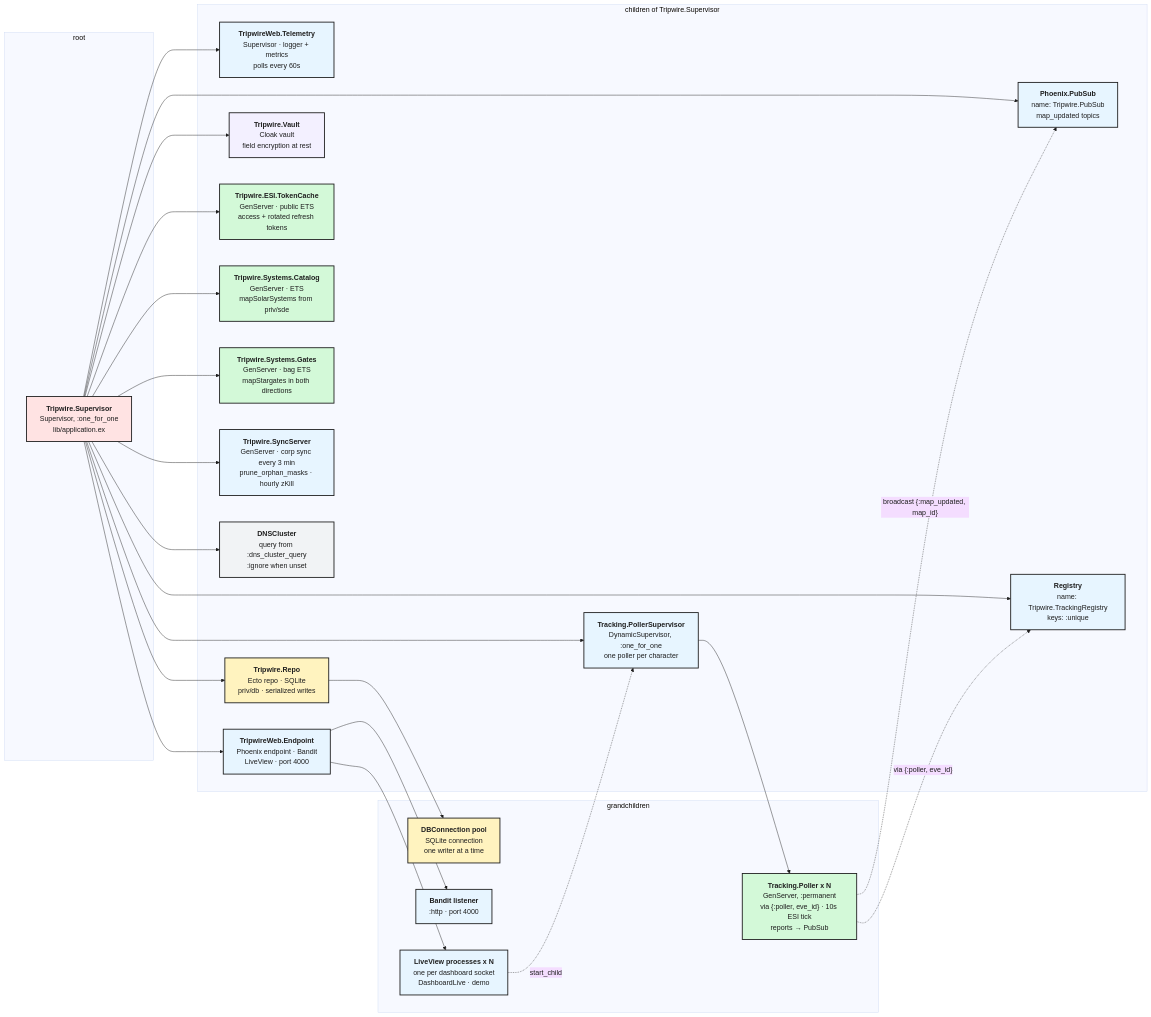
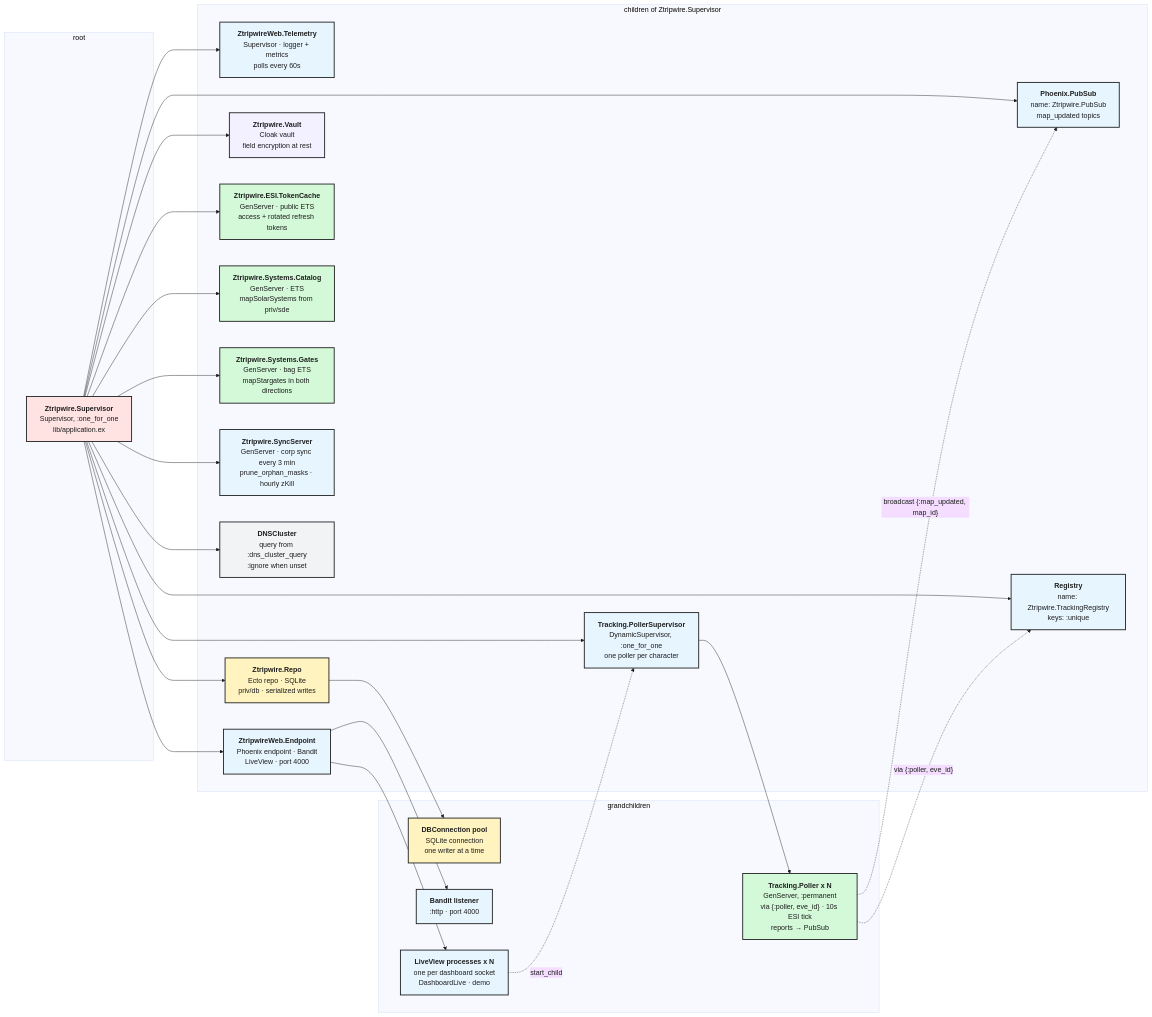
Before and after one commit to sudo-adduser-jordan/tripwire: the first of 2 diagrams in docs/architecture.md, drawn with Mermaid. The commit also changed other lines of this file and 258 other files, not shown here.

Commit message:
update: rename tripwire references to ztripwire

````diff
--- a/docs/architecture.md
+++ b/docs/architecture.md
@@ -15,52 +15,52 @@
 ```mermaid
 %%{init: {"theme": "base", "flowchart": {"curve": "basis", "nodeSpacing": 60, "rankSpacing": 100, "wrappingWidth": 200}, "themeVariables": {"fontFamily": "sans-serif", "lineColor": "#1e1e1e", "primaryTextColor": "#1e1e1e"}}}%%
 flowchart LR
   subgraph root_column["root"]
-    tripwire_supervisor["<b>Tripwire.Supervisor</b><br/>Supervisor, :one_for_one<br/>lib/application.ex"]:::rose
+    ztripwire_supervisor["<b>Ztripwire.Supervisor</b><br/>Supervisor, :one_for_one<br/>lib/application.ex"]:::rose
   end
-  subgraph child_column["children of Tripwire.Supervisor"]
-    tripwireweb_telemetry["<b>TripwireWeb.Telemetry</b><br/>Supervisor · logger + metrics<br/>polls every 60s"]:::blue
-    tripwire_repo["<b>Tripwire.Repo</b><br/>Ecto repo · SQLite<br/>priv/db · serialized writes"]:::yellow
-    tripwire_vault["<b>Tripwire.Vault</b><br/>Cloak vault<br/>field encryption at rest"]:::violet
-    tripwire_esi_tokencache["<b>Tripwire.ESI.TokenCache</b><br/>GenServer · public ETS<br/>access + rotated refresh tokens"]:::green
-    tripwire_systems_catalog["<b>Tripwire.Systems.Catalog</b><br/>GenServer · ETS<br/>mapSolarSystems from priv/sde"]:::green
-    tripwire_systems_gates["<b>Tripwire.Systems.Gates</b><br/>GenServer · bag ETS<br/>mapStargates in both directions"]:::green
-    phoenix_pubsub["<b>Phoenix.PubSub</b><br/>name: Tripwire.PubSub<br/>map_updated topics"]:::blue
+  subgraph child_column["children of Ztripwire.Supervisor"]
+    ztripwireweb_telemetry["<b>ZtripwireWeb.Telemetry</b><br/>Supervisor · logger + metrics<br/>polls every 60s"]:::blue
+    ztripwire_repo["<b>Ztripwire.Repo</b><br/>Ecto repo · SQLite<br/>priv/db · serialized writes"]:::yellow
+    ztripwire_vault["<b>Ztripwire.Vault</b><br/>Cloak vault<br/>field encryption at rest"]:::violet
+    ztripwire_esi_tokencache["<b>Ztripwire.ESI.TokenCache</b><br/>GenServer · public ETS<br/>access + rotated refresh tokens"]:::green
+    ztripwire_systems_catalog["<b>Ztripwire.Systems.Catalog</b><br/>GenServer · ETS<br/>mapSolarSystems from priv/sde"]:::green
+    ztripwire_systems_gates["<b>Ztripwire.Systems.Gates</b><br/>GenServer · bag ETS<br/>mapStargates in both directions"]:::green
+    phoenix_pubsub["<b>Phoenix.PubSub</b><br/>name: Ztripwire.PubSub<br/>map_updated topics"]:::blue
     tracking_pollersupervisor["<b>Tracking.PollerSupervisor</b><br/>DynamicSupervisor, :one_for_one<br/>one poller per character"]:::blue
-    registry["<b>Registry</b><br/>name: Tripwire.TrackingRegistry<br/>keys: :unique"]:::blue
-    tripwire_syncserver["<b>Tripwire.SyncServer</b><br/>GenServer · corp sync every 3 min<br/>prune_orphan_masks · hourly zKill"]:::blue
+    registry["<b>Registry</b><br/>name: Ztripwire.TrackingRegistry<br/>keys: :unique"]:::blue
+    ztripwire_syncserver["<b>Ztripwire.SyncServer</b><br/>GenServer · corp sync every 3 min<br/>prune_orphan_masks · hourly zKill"]:::blue
     dnscluster["<b>DNSCluster</b><br/>query from :dns_cluster_query<br/>:ignore when unset"]:::gray
-    tripwireweb_endpoint["<b>TripwireWeb.Endpoint</b><br/>Phoenix endpoint · Bandit<br/>LiveView · port 4000"]:::blue
+    ztripwireweb_endpoint["<b>ZtripwireWeb.Endpoint</b><br/>Phoenix endpoint · Bandit<br/>LiveView · port 4000"]:::blue
   end
   subgraph grandchild_column["grandchildren"]
     dbconnection_pool["<b>DBConnection pool</b><br/>SQLite connection<br/>one writer at a time"]:::yellow
     tracking_poller_x_n["<b>Tracking.Poller x N</b><br/>GenServer, :permanent<br/>via {:poller, eve_id} · 10s ESI tick<br/>reports → PubSub"]:::green
     bandit_listener["<b>Bandit listener</b><br/>:http · port 4000"]:::blue
     liveview_processes_x_n["<b>LiveView processes x N</b><br/>one per dashboard socket<br/>DashboardLive · demo"]:::blue
   end
-  tripwire_supervisor --> tripwireweb_telemetry
-  tripwire_supervisor --> tripwire_repo
-  tripwire_supervisor --> tripwire_vault
-  tripwire_supervisor --> tripwire_esi_tokencache
-  tripwire_supervisor --> tripwire_systems_catalog
-  tripwire_supervisor --> tripwire_systems_gates
-  tripwire_supervisor --> phoenix_pubsub
-  tripwire_supervisor --> tracking_pollersupervisor
-  tripwire_supervisor --> registry
-  tripwire_supervisor --> tripwire_syncserver
-  tripwire_supervisor --> dnscluster
-  tripwire_supervisor --> tripwireweb_endpoint
-  tripwire_repo --> dbconnection_pool
+  ztripwire_supervisor --> ztripwireweb_telemetry
+  ztripwire_supervisor --> ztripwire_repo
+  ztripwire_supervisor --> ztripwire_vault
+  ztripwire_supervisor --> ztripwire_esi_tokencache
+  ztripwire_supervisor --> ztripwire_systems_catalog
+  ztripwire_supervisor --> ztripwire_systems_gates
+  ztripwire_supervisor --> phoenix_pubsub
+  ztripwire_supervisor --> tracking_pollersupervisor
+  ztripwire_supervisor --> registry
+  ztripwire_supervisor --> ztripwire_syncserver
+  ztripwire_supervisor --> dnscluster
+  ztripwire_supervisor --> ztripwireweb_endpoint
+  ztripwire_repo --> dbconnection_pool
   tracking_pollersupervisor --> tracking_poller_x_n
-  tripwireweb_endpoint --> bandit_listener
-  tripwireweb_endpoint --> liveview_processes_x_n
+  ztripwireweb_endpoint --> bandit_listener
+  ztripwireweb_endpoint --> liveview_processes_x_n
   tracking_poller_x_n -.->|"via {:poller, eve_id}"| registry
   tracking_poller_x_n -.->|"broadcast {:map_updated, map_id}"| phoenix_pubsub
   liveview_processes_x_n -.->|"start_child"| tracking_pollersupervisor
   classDef rose fill:#ffe3e3,stroke:#1e1e1e,stroke-width:2px,color:#1e1e1e
   classDef blue fill:#e7f5ff,stroke:#1e1e1e,stroke-width:2px,color:#1e1e1e
   classDef yellow fill:#fff3bf,stroke:#1e1e1e,stroke-width:2px,color:#1e1e1e
   classDef violet fill:#f3f0ff,stroke:#1e1e1e,stroke-width:2px,color:#1e1e1e
   classDef green fill:#d3f9d8,stroke:#1e1e1e,stroke-width:2px,color:#1e1e1e
   classDef gray fill:#f1f3f5,stroke:#1e1e1e,stroke-width:2px,color:#1e1e1e
 ```
````
